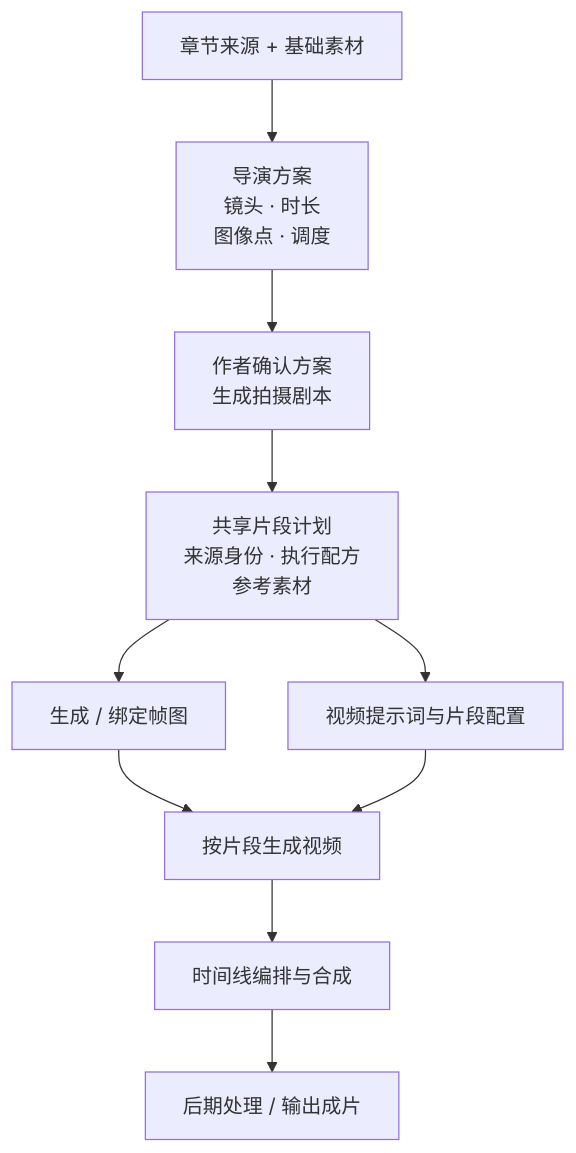
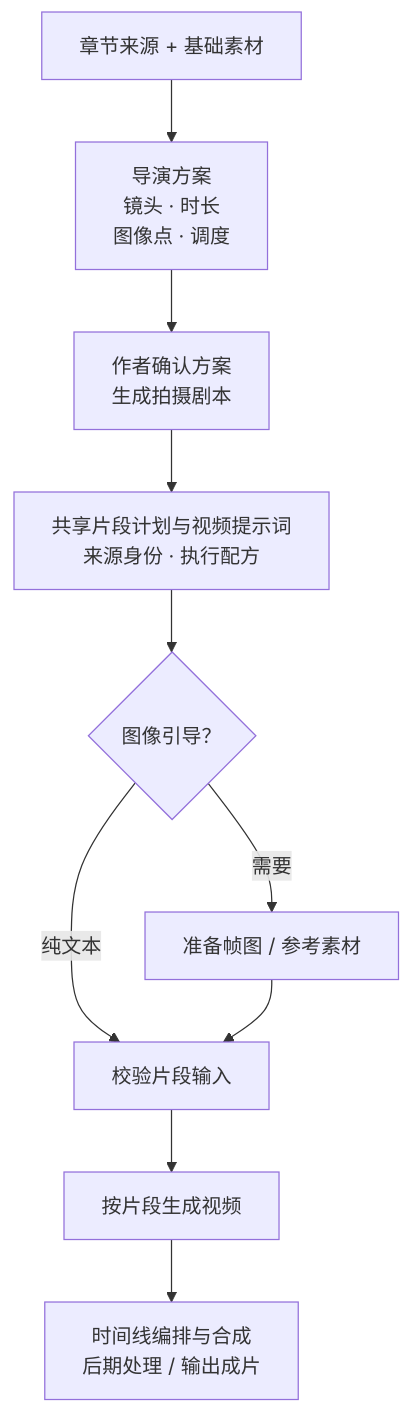
The eighth of 18 diagrams in README.md (GTJasonMK/A4N), drawn with Mermaid before and after one commit. The commit also changed other lines of this file and 2 other files, not shown here.

First line of the commit message:
docs: fix README diagram flows and mobile readability

````diff
--- a/README.md
+++ b/README.md
@@ -140,14 +147,14 @@
 ```mermaid
 flowchart TB
   accTitle: 章节视频的导演、拍摄、生成与成片链路
-  accDescr: 导演方案由作者确认，拍摄剧本生成共享片段计划，帧图和视频引用同一计划，结果进入时间线合成与后期。
+  accDescr: 作者确认导演方案并准备拍摄剧本，共享片段计划确定提示词和执行配方。需要图像引导时准备对应帧图或参考素材；纯文本方案不依赖帧图，两条路径均校验输入后生成视频，再编排和输出。
   source["章节来源 + 基础素材"] --> director["导演方案<br/>镜头 · 时长<br/>图像点 · 调度"]
   director --> confirm["作者确认方案<br/>生成拍摄剧本"]
-  confirm --> segments["共享片段计划<br/>来源身份 · 执行配方<br/>参考素材"]
-  segments --> frames["生成 / 绑定帧图"]
-  segments --> prompts["视频提示词与片段配置"]
-  frames --> clips["按片段生成视频"]
-  prompts --> clips
-  clips --> assembly["时间线编排与合成"]
-  assembly --> post["后期处理 / 输出成片"]
+  confirm --> segments["共享片段计划与视频提示词<br/>来源身份 · 执行配方"]
+  segments --> inputs{"图像引导？"}
+  inputs -->|需要| frames["准备帧图 / 参考素材"]
+  inputs -->|纯文本| validate["校验片段输入"]
+  frames --> validate
+  validate --> clips["按片段生成视频"]
+  clips --> assembly["时间线编排与合成<br/>后期处理 / 输出成片"]
 ```
````
